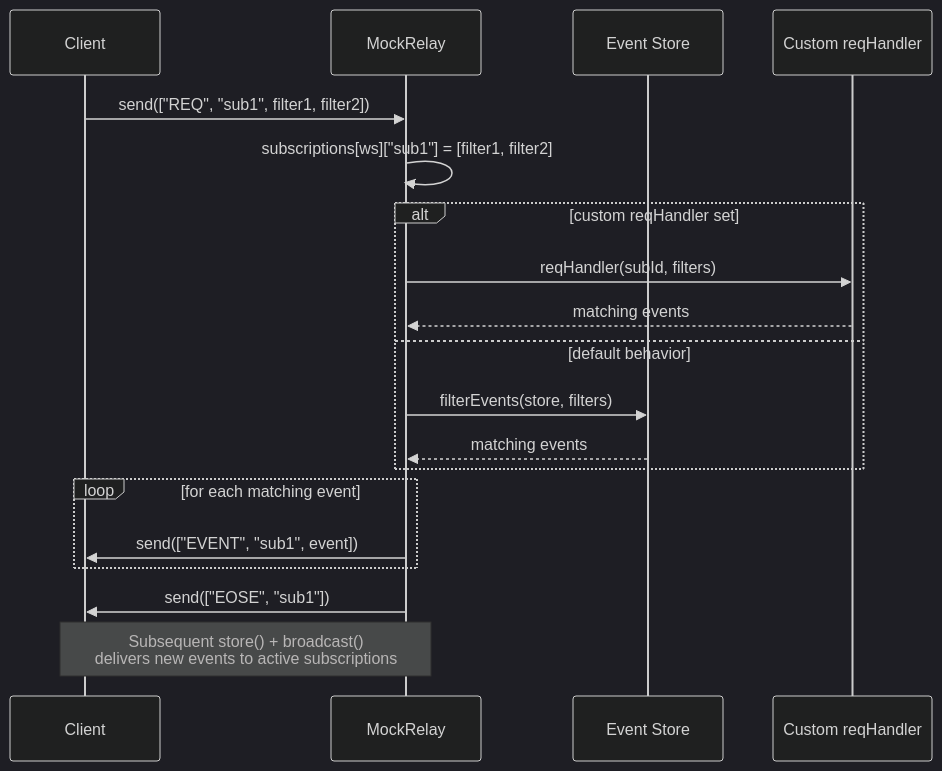
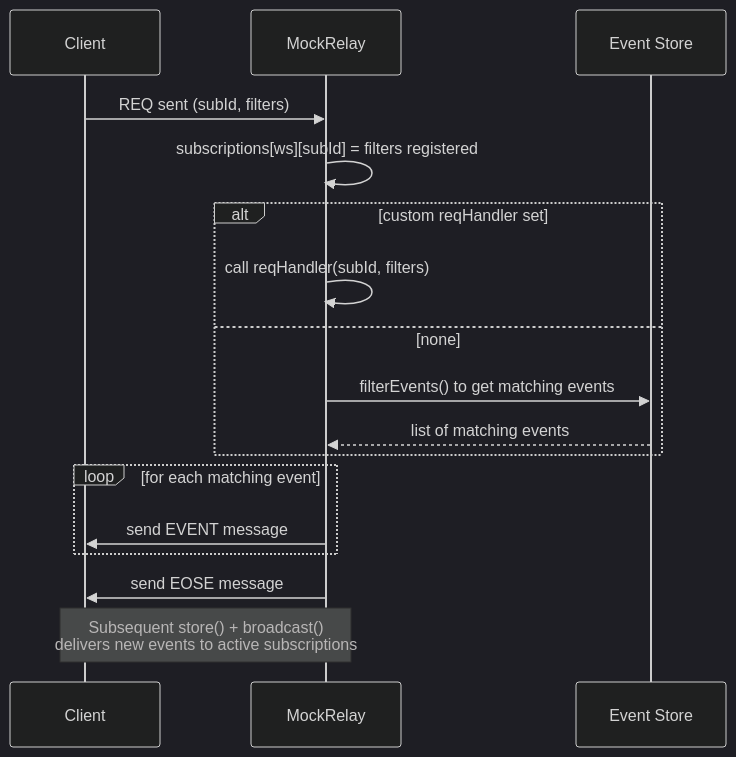
The tenth of 15 diagrams in docs/en/reference/architecture.md (ikuradon/tsunagiya), drawn with Mermaid (dark theme) before and after one commit. The commit also changed other lines of this file and 12 other files, not shown here.

First line of the commit message:
fix: architecture.md の日英齟齬を解消し未使用ファイルを削除

````diff
--- a/docs/en/reference/architecture.md
+++ b/docs/en/reference/architecture.md
@@ -326,25 +312,23 @@
 ```mermaid
 sequenceDiagram
     participant C as Client
     participant MR as MockRelay
-    participant S as Event Store
-    participant H as Custom reqHandler
+    participant Store as Event Store
 
-    C->>MR: send(["REQ", "sub1", filter1, filter2])
-    MR->>MR: subscriptions[ws]["sub1"] = [filter1, filter2]
+    C->>MR: REQ sent (subId, filters)
+    MR->>MR: subscriptions[ws][subId] = filters registered
 
     alt custom reqHandler set
-        MR->>H: reqHandler(subId, filters)
-        H-->>MR: matching events
-    else default behavior
-        MR->>S: filterEvents(store, filters)
-        S-->>MR: matching events
+        MR->>MR: call reqHandler(subId, filters)
+    else none
+        MR->>Store: filterEvents() to get matching events
+        Store-->>MR: list of matching events
     end
 
     loop for each matching event
-        MR->>C: send(["EVENT", "sub1", event])
+        MR->>C: send EVENT message
     end
-    MR->>C: send(["EOSE", "sub1"])
+    MR->>C: send EOSE message
 
     Note over MR,C: Subsequent store() + broadcast()<br>delivers new events to active subscriptions
 ```
````
